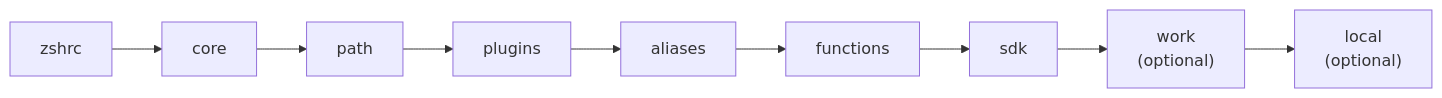
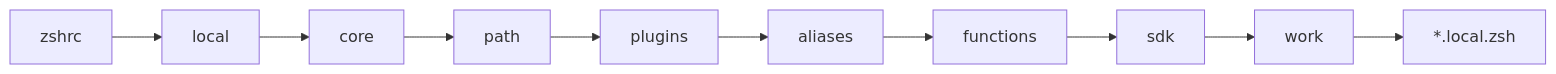
The third of 3 diagrams in README_EN.md (ArnoFrost/ADotFiles), drawn with Mermaid before and after one commit. The commit also changed other lines of this file and 8 other files, not shown here.

````diff
--- a/README_EN.md
+++ b/README_EN.md
@@ -120,6 +121,6 @@
 ```mermaid
 flowchart LR
-    A["zshrc"] --> B["core"] --> C["path"] --> D["plugins"]
-    D --> E["aliases"] --> F["functions"] --> G["sdk"]
-    G --> H["work<br/>(optional)"] --> I["local<br/>(optional)"]
+    A["zshrc"] --> B["local"] --> C["core"] --> D["path"]
+    D --> E["plugins"] --> F["aliases"] --> G["functions"]
+    G --> H["sdk"] --> I["work"] --> J["*.local.zsh"]
 ```
````
